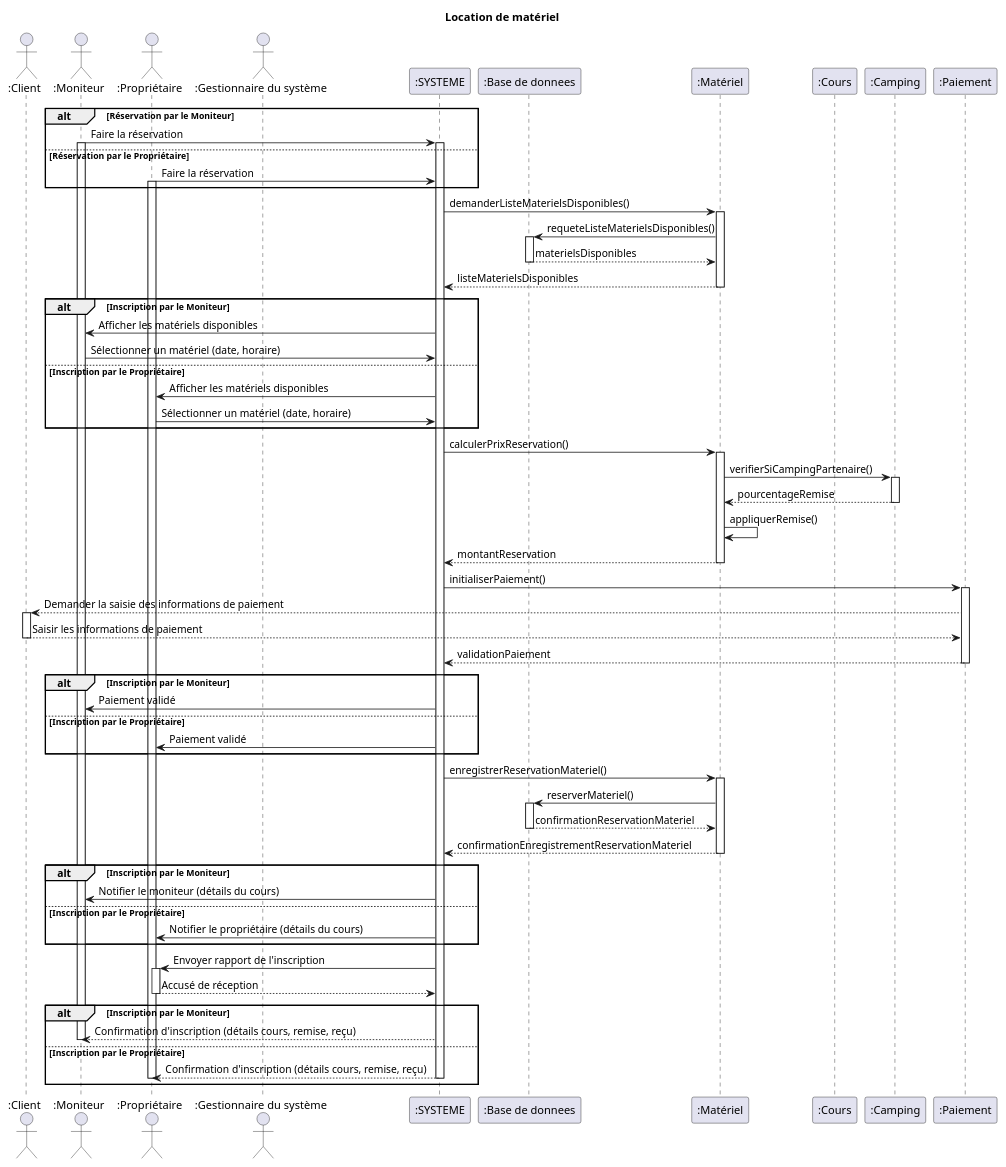
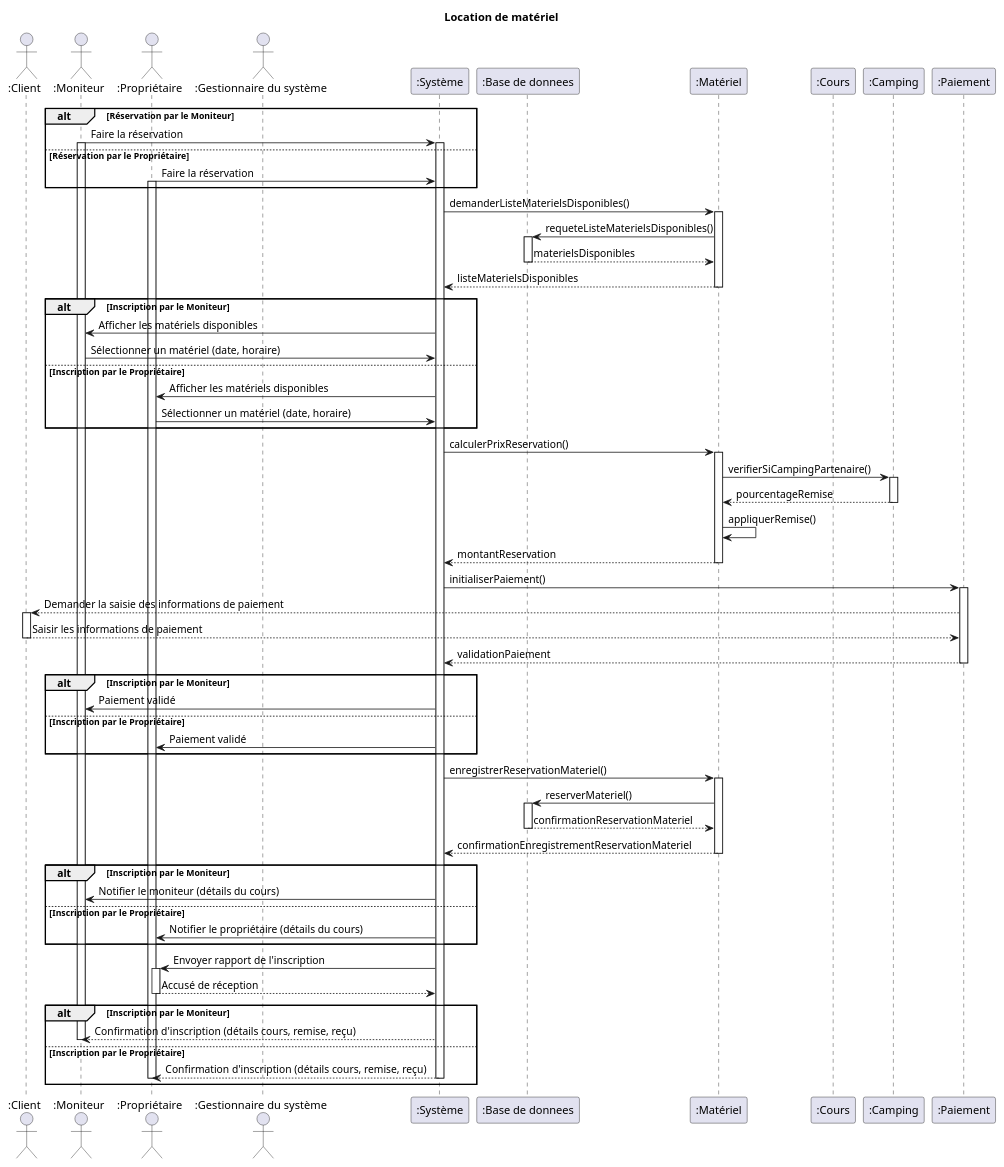
The diagram in docs/1-analysis/sequenceDiagrams/locationRegistrationSequenceDiagram.puml (Hugo-COLLIN/MIAGE_CSI_NauticalClub), drawn with PlantUML before and after one commit. The commit also changed 1 other file, not shown here.

Commit message:
docs: "Système"

```diff
--- a/docs/1-analysis/sequenceDiagrams/locationRegistrationSequenceDiagram.puml
+++ b/docs/1-analysis/sequenceDiagrams/locationRegistrationSequenceDiagram.puml
@@ -1,98 +1,98 @@
 @startuml
 actor ":Client" as C
 actor ":Moniteur" as M
 actor ":Propriétaire" as P
 actor ":Gestionnaire du système" as A
-participant ":SYSTEME" as App
+participant ":Système" as App
 participant ":Base de donnees" as DB
 participant ":Matériel" as Mat
 participant ":Cours" as Cour
 participant ":Camping" as Camp
 participant ":Paiement" as Pay
 
 title Location de matériel
 
 alt Réservation par le Moniteur
     M -> App : Faire la réservation
     activate M
     activate App
 else Réservation par le Propriétaire
     P -> App : Faire la réservation
     activate P
 end
 
 activate App
 
 App -> Mat : demanderListeMaterielsDisponibles()
 activate Mat
 Mat -> DB : requeteListeMaterielsDisponibles()
 activate DB
 DB --> Mat : materielsDisponibles
 deactivate DB
 Mat --> App : listeMaterielsDisponibles
 deactivate Mat
 
 alt Inscription par le Moniteur
     App -> M : Afficher les matériels disponibles
     M -> App : Sélectionner un matériel (date, horaire)
 else Inscription par le Propriétaire
     App -> P : Afficher les matériels disponibles
     P -> App : Sélectionner un matériel (date, horaire)
 end
 
 App -> Mat : calculerPrixReservation()
 activate Mat
 
 Mat -> Camp : verifierSiCampingPartenaire()
 activate Camp
 Camp --> Mat : pourcentageRemise
 deactivate Camp
 Mat -> Mat : appliquerRemise()
 
 Mat --> App : montantReservation
 deactivate Mat
 
 App -> Pay : initialiserPaiement()
 activate Pay
 Pay --> C : Demander la saisie des informations de paiement
 activate C
 C --> Pay : Saisir les informations de paiement
 deactivate C
 Pay --> App : validationPaiement
 deactivate Pay
 
 alt Inscription par le Moniteur
     App -> M : Paiement validé
 else Inscription par le Propriétaire
     App -> P : Paiement validé
 end
 
 App -> Mat : enregistrerReservationMateriel()
 activate Mat
 DB <- Mat : reserverMateriel()
 activate DB
 Mat <-- DB : confirmationReservationMateriel
 deactivate DB
 Mat --> App : confirmationEnregistrementReservationMateriel
 deactivate Mat
 
 alt Inscription par le Moniteur
     App -> M : Notifier le moniteur (détails du cours)
 else Inscription par le Propriétaire
     App -> P : Notifier le propriétaire (détails du cours)
 end
 
 App -> P : Envoyer rapport de l'inscription
 activate P
 P --> App : Accusé de réception
 deactivate P
 
 alt Inscription par le Moniteur
     App --> M : Confirmation d'inscription (détails cours, remise, reçu)
     deactivate M
 else Inscription par le Propriétaire
     App --> P : Confirmation d'inscription (détails cours, remise, reçu)
     deactivate App
     deactivate P
 end
 @enduml
```
